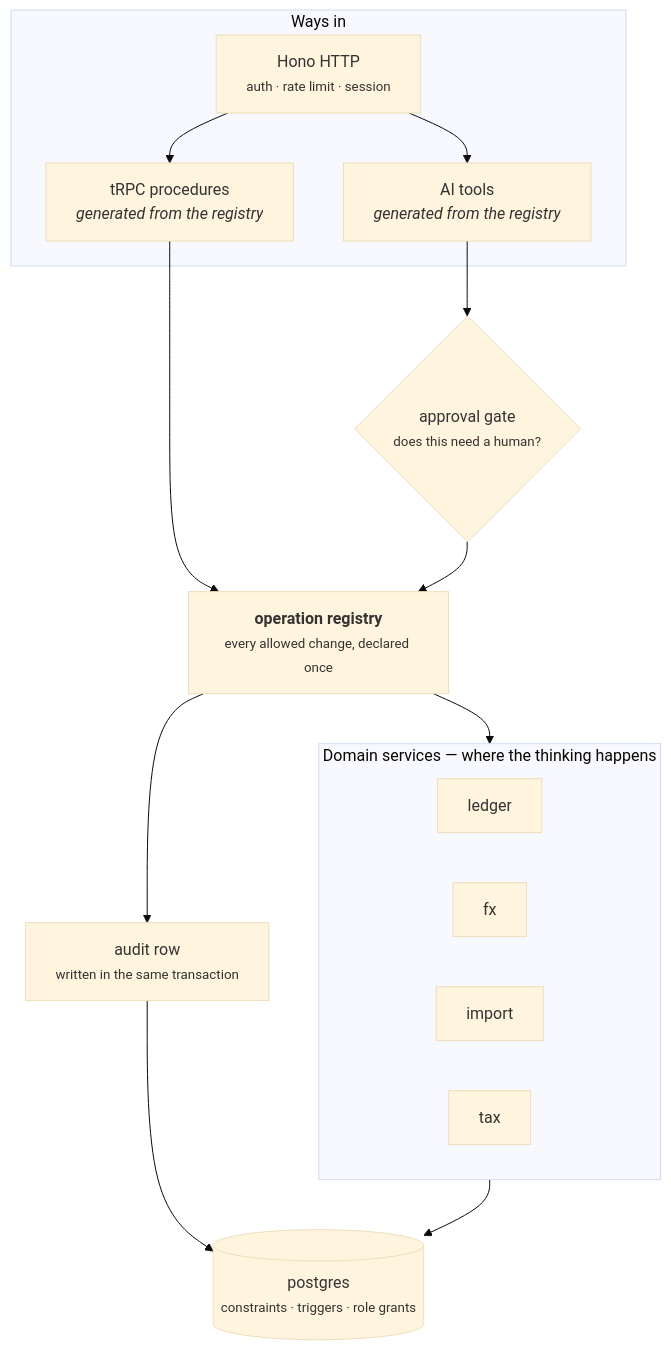
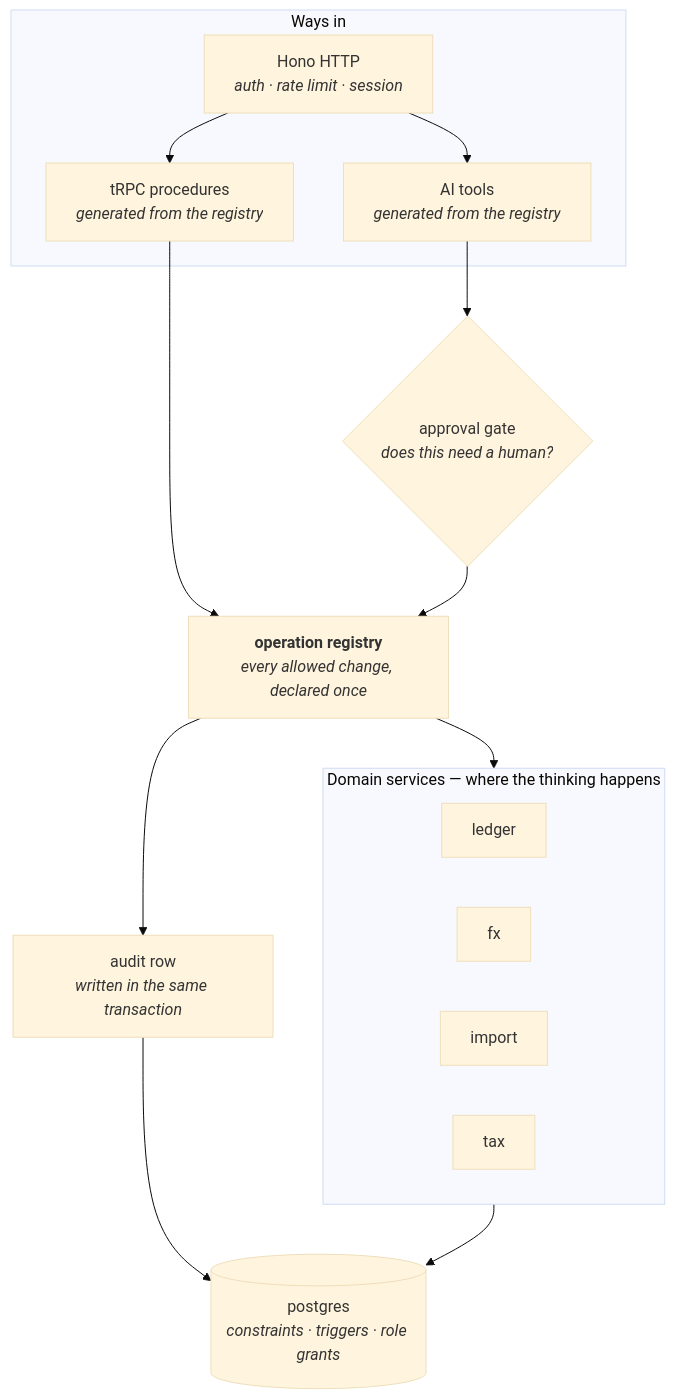
The second of 4 diagrams in docs/wiki/Architecture-Map.md (VoltLightning/waltning), drawn with Mermaid (base theme) before and after one commit. The commit also changed other lines of this file and 15 other files, not shown here.

````diff
--- a/docs/wiki/Architecture-Map.md
+++ b/docs/wiki/Architecture-Map.md
@@ -90,25 +90,25 @@
 ```mermaid
 graph TB
     subgraph edge["Ways in"]
-        HTTP["Hono HTTP<br/><small>auth · rate limit · session</small>"]
+        HTTP["Hono HTTP<br/><i>auth · rate limit · session</i>"]
         TRPC["tRPC procedures<br/><i>generated from the registry</i>"]
         TOOLS["AI tools<br/><i>generated from the registry</i>"]
     end
 
-    REG["<b>operation registry</b><br/><small>every allowed change, declared once</small>"]
-    GATE{"approval gate<br/><small>does this need a human?</small>"}
+    REG["<b>operation registry</b><br/><i>every allowed change, declared once</i>"]
+    GATE{"approval gate<br/><i>does this need a human?</i>"}
 
     subgraph services["Domain services — where the thinking happens"]
         LEDGER["ledger"]
         FXS["fx"]
         IMPORT["import"]
         TAX["tax"]
     end
 
-    PG[("postgres<br/><small>constraints · triggers · role grants</small>")]
+    PG[("postgres<br/><i>constraints · triggers · role grants</i>")]
 
     HTTP --> TRPC --> REG
     HTTP --> TOOLS --> GATE --> REG
     REG --> services --> PG
-    REG --> AUDIT["audit row<br/><small>written in the same transaction</small>"] --> PG
+    REG --> AUDIT["audit row<br/><i>written in the same transaction</i>"] --> PG
 ```
````
